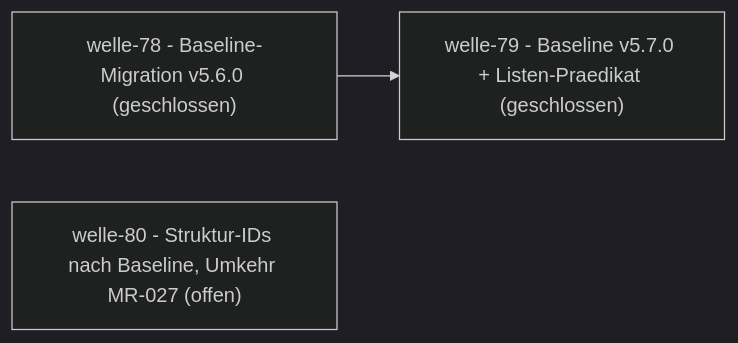
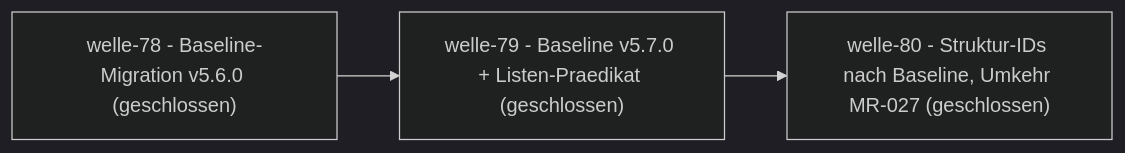
Before and after one commit to pt9912/d-check: the diagram in docs/plan/planning/in-progress/roadmap.md, drawn with Mermaid (dark theme). The commit also changed other lines of this file and 6 other files, not shown here.

````diff
--- a/docs/plan/planning/in-progress/roadmap.md
+++ b/docs/plan/planning/in-progress/roadmap.md
@@ -68,7 +66,8 @@
 ```mermaid
 flowchart LR
     W78["welle-78 - Baseline-Migration v5.6.0 (geschlossen)"]
     W79["welle-79 - Baseline v5.7.0 + Listen-Praedikat (geschlossen)"]
     W78 --> W79
-    W80["welle-80 - Struktur-IDs nach Baseline, Umkehr MR-027 (offen)"]
+    W80["welle-80 - Struktur-IDs nach Baseline, Umkehr MR-027 (geschlossen)"]
+    W79 --> W80
 ```
````
